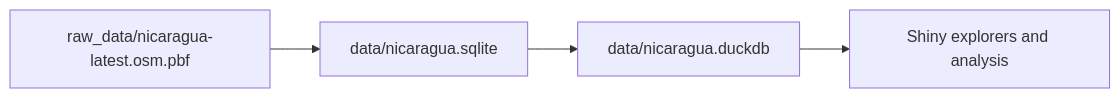
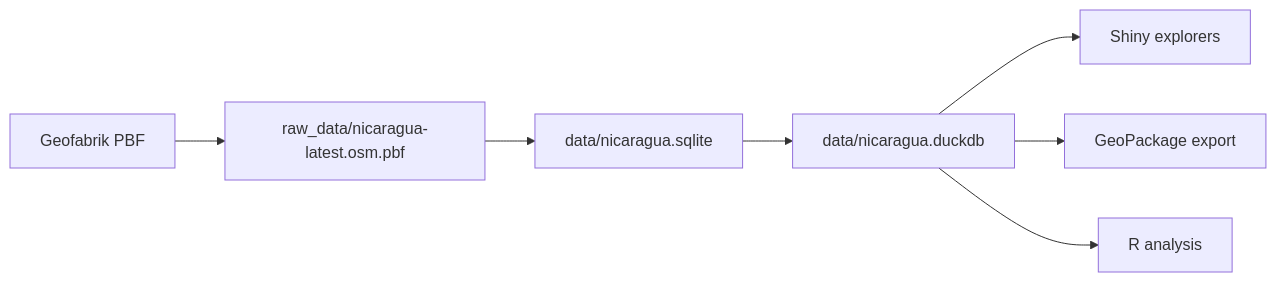
Before and after one commit to lopezgrj/OSM_Nic: the diagram in README.md, drawn with Mermaid. The commit also changed other lines of this file and 1 other file, not shown here.

````diff
--- a/README.md
+++ b/README.md
@@ -144,6 +63,9 @@
 ```mermaid
 flowchart LR
-  A[raw_data/nicaragua-latest.osm.pbf] --> B[data/nicaragua.sqlite]
-  B --> C[data/nicaragua.duckdb]
-  C --> D[Shiny explorers and analysis]
+  A[Geofabrik PBF] --> B[raw_data/nicaragua-latest.osm.pbf]
+  B --> C[data/nicaragua.sqlite]
+  C --> D[data/nicaragua.duckdb]
+  D --> E[Shiny explorers]
+  D --> F[GeoPackage export]
+  D --> G[R analysis]
 ```
````
